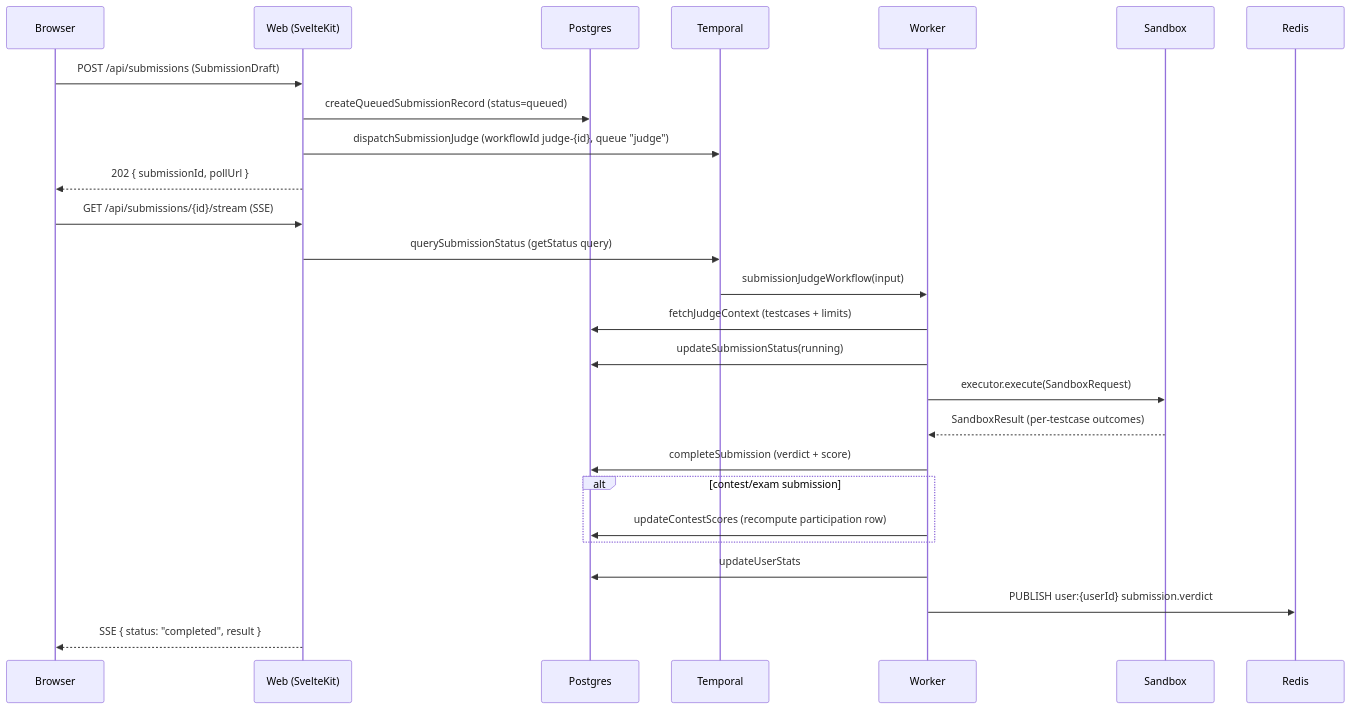
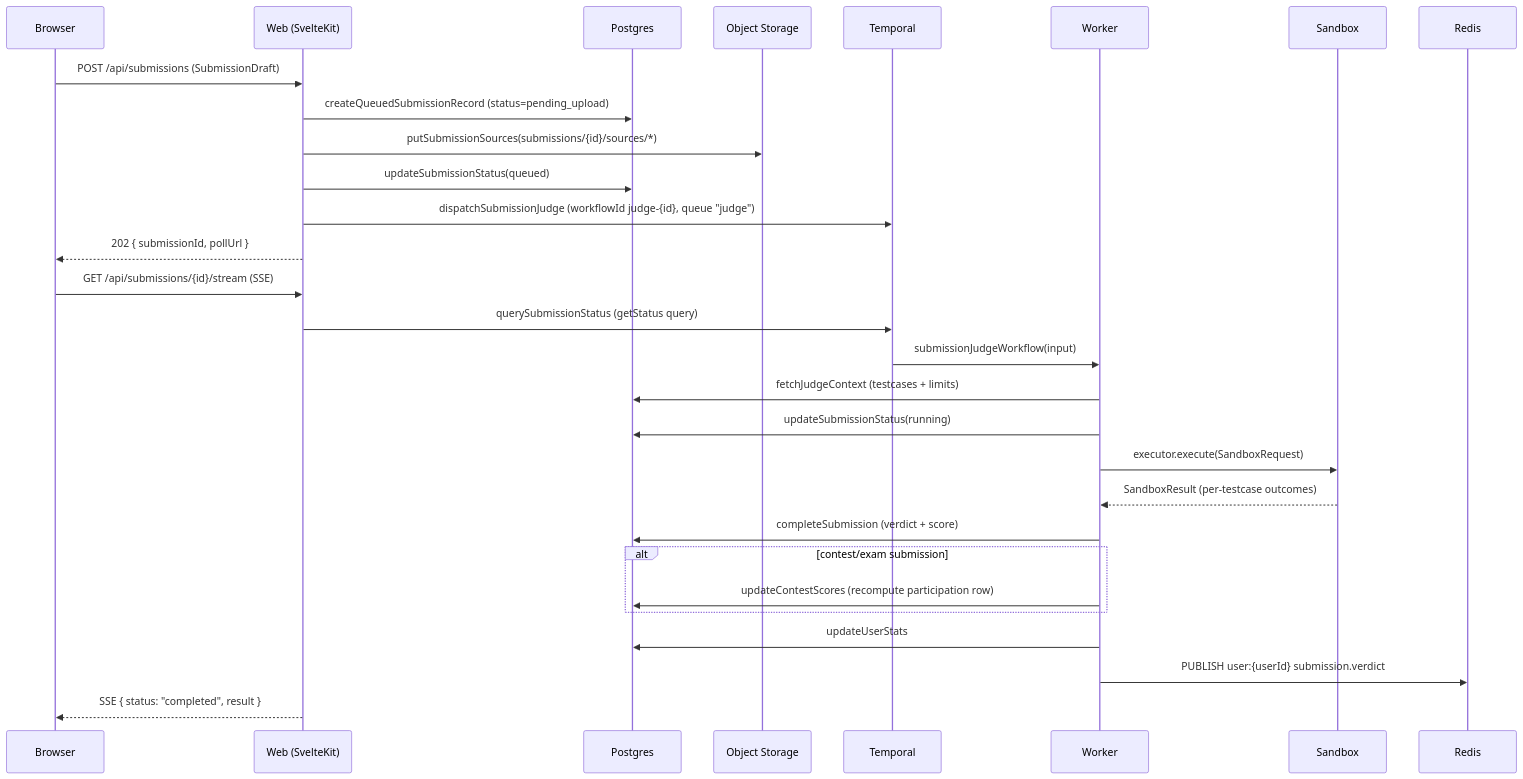
Before and after one commit to NOJV-TW/NOJV: the second of 4 diagrams in docs/architecture/ARCHITECTURE.md, drawn with Mermaid. The commit also changed other lines of this file and 4 other files, not shown here.

Commit message:
sync submission architecture docs

````diff
--- a/docs/architecture/ARCHITECTURE.md
+++ b/docs/architecture/ARCHITECTURE.md
@@ -333,33 +341,36 @@
 ```mermaid
 sequenceDiagram
     participant Browser
     participant Web as Web (SvelteKit)
     participant Postgres
+    participant Storage as Object Storage
     participant Temporal
     participant Worker
     participant Sandbox
     participant Redis
 
     Browser->>Web: POST /api/submissions (SubmissionDraft)
-    Web->>Postgres: createQueuedSubmissionRecord (status=queued)
+    Web->>Postgres: createQueuedSubmissionRecord (status=pending_upload)
+    Web->>Storage: putSubmissionSources(submissions/{id}/sources/*)
+    Web->>Postgres: updateSubmissionStatus(queued)
     Web->>Temporal: dispatchSubmissionJudge (workflowId judge-{id}, queue "judge")
     Web-->>Browser: 202 { submissionId, pollUrl }
 
     Browser->>Web: GET /api/submissions/{id}/stream (SSE)
     Web->>Temporal: querySubmissionStatus (getStatus query)
 
     Temporal->>Worker: submissionJudgeWorkflow(input)
     Worker->>Postgres: fetchJudgeContext (testcases + limits)
     Worker->>Postgres: updateSubmissionStatus(running)
     Worker->>Sandbox: executor.execute(SandboxRequest)
     Sandbox-->>Worker: SandboxResult (per-testcase outcomes)
     Worker->>Postgres: completeSubmission (verdict + score)
 
     alt contest/exam submission
         Worker->>Postgres: updateContestScores (recompute participation row)
     end
 
     Worker->>Postgres: updateUserStats
     Worker->>Redis: PUBLISH user:{userId} submission.verdict
     Web-->>Browser: SSE { status: "completed", result }
 ```
````
